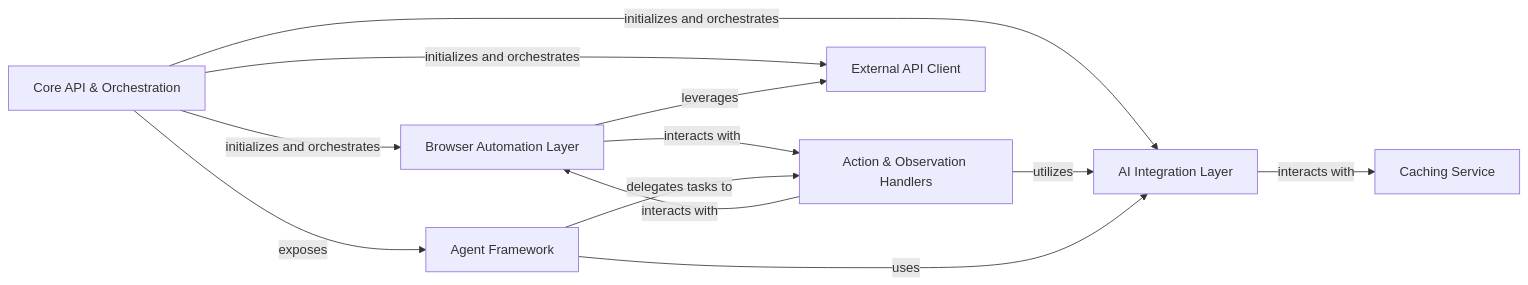
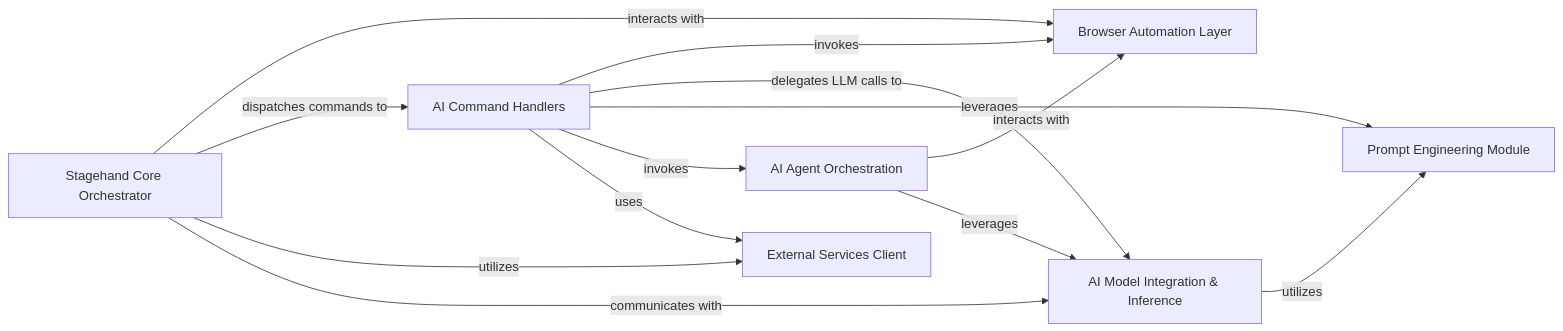
Before and after one commit to CodeBoarding/GeneratedOnBoardings: the diagram in stagehand/on_boarding.md, drawn with Mermaid. The commit also changed other lines of this file, not shown here.

Commit message:
Uploading onboarding materials for stagehand

````diff
--- a/stagehand/on_boarding.md
+++ b/stagehand/on_boarding.md
@@ -1,21 +1,22 @@
 ```mermaid
 graph LR
-    Core_API_Orchestration["Core API & Orchestration"]
+    Stagehand_Core_Orchestrator["Stagehand Core Orchestrator"]
     Browser_Automation_Layer["Browser Automation Layer"]
-    AI_Integration_Layer["AI Integration Layer"]
-    Action_Observation_Handlers["Action & Observation Handlers"]
-    Agent_Framework["Agent Framework"]
-    Caching_Service["Caching Service"]
-    External_API_Client["External API Client"]
-    Core_API_Orchestration -- "initializes and orchestrates" --> Browser_Automation_Layer
-    Core_API_Orchestration -- "initializes and orchestrates" --> AI_Integration_Layer
-    Core_API_Orchestration -- "initializes and orchestrates" --> External_API_Client
-    Core_API_Orchestration -- "exposes" --> Agent_Framework
-    Browser_Automation_Layer -- "interacts with" --> Action_Observation_Handlers
-    Browser_Automation_Layer -- "leverages" --> External_API_Client
-    AI_Integration_Layer -- "interacts with" --> Caching_Service
-    Action_Observation_Handlers -- "utilizes" --> AI_Integration_Layer
-    Action_Observation_Handlers -- "interacts with" --> Browser_Automation_Layer
-    Agent_Framework -- "delegates tasks to" --> Action_Observation_Handlers
-    Agent_Framework -- "uses" --> AI_Integration_Layer
+    AI_Model_Integration_Inference["AI Model Integration & Inference"]
+    AI_Command_Handlers["AI Command Handlers"]
+    Prompt_Engineering_Module["Prompt Engineering Module"]
+    AI_Agent_Orchestration["AI Agent Orchestration"]
+    External_Services_Client["External Services Client"]
+    Stagehand_Core_Orchestrator -- "interacts with" --> Browser_Automation_Layer
+    Stagehand_Core_Orchestrator -- "dispatches commands to" --> AI_Command_Handlers
+    Stagehand_Core_Orchestrator -- "utilizes" --> External_Services_Client
+    Stagehand_Core_Orchestrator -- "communicates with" --> AI_Model_Integration_Inference
+    AI_Command_Handlers -- "invokes" --> Browser_Automation_Layer
+    AI_Command_Handlers -- "delegates LLM calls to" --> AI_Model_Integration_Inference
+    AI_Command_Handlers -- "leverages" --> Prompt_Engineering_Module
+    AI_Command_Handlers -- "invokes" --> AI_Agent_Orchestration
+    AI_Command_Handlers -- "uses" --> External_Services_Client
+    AI_Model_Integration_Inference -- "utilizes" --> Prompt_Engineering_Module
+    AI_Agent_Orchestration -- "interacts with" --> Browser_Automation_Layer
+    AI_Agent_Orchestration -- "leverages" --> AI_Model_Integration_Inference
 ```
````
